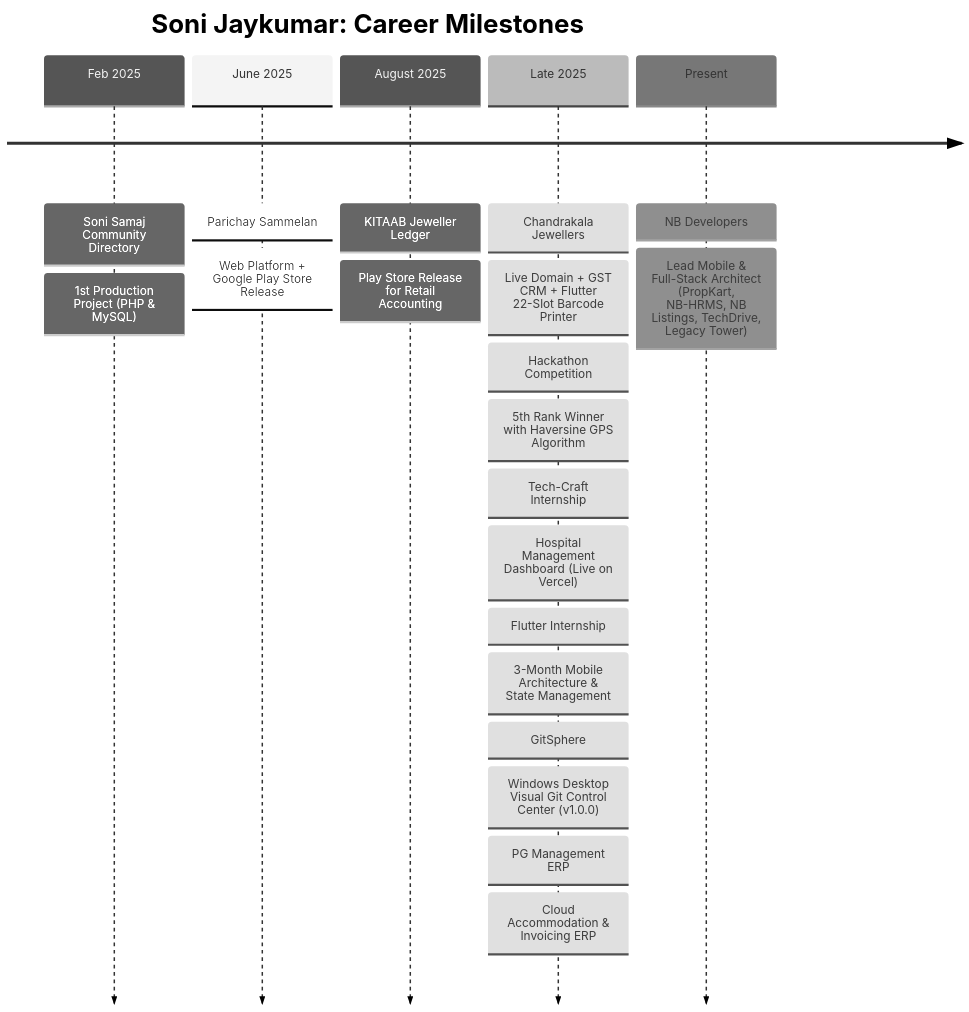
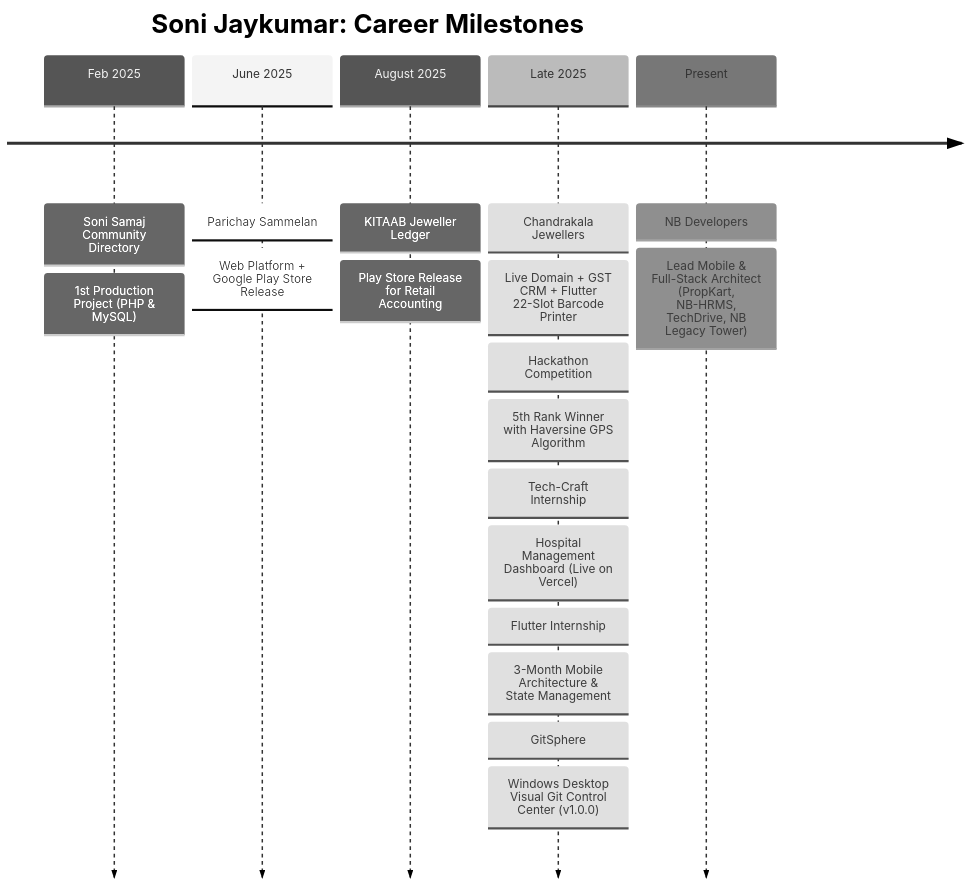
Before and after one commit to JAYU0812/portfolio: the diagram in README.md, drawn with Mermaid (neutral theme). The commit also changed other lines of this file and 4 other files, not shown here.

Commit message:
feat: add TechDrive and NB Legacy Tower live domains, remove hostel-pg project, update README

````diff
--- a/README.md
+++ b/README.md
@@ -140,14 +142,13 @@
 ```mermaid
 timeline
     title Soni Jaykumar: Career Milestones
     Feb 2025 : Soni Samaj Community Directory : 1st Production Project (PHP & MySQL)
     June 2025 : Parichay Sammelan : Web Platform + Google Play Store Release
     August 2025 : KITAAB Jeweller Ledger : Play Store Release for Retail Accounting
     Late 2025 : Chandrakala Jewellers : Live Domain + GST CRM + Flutter 22-Slot Barcode Printer
               : Hackathon Competition : 5th Rank Winner with Haversine GPS Algorithm
               : Tech-Craft Internship : Hospital Management Dashboard (Live on Vercel)
               : Flutter Internship : 3-Month Mobile Architecture & State Management
               : GitSphere : Windows Desktop Visual Git Control Center (v1.0.0)
-              : PG Management ERP : Cloud Accommodation & Invoicing ERP
-    Present : NB Developers : Lead Mobile & Full-Stack Architect (PropKart, NB-HRMS, NB Listings, TechDrive, Legacy Tower)
+    Present : NB Developers : Lead Mobile & Full-Stack Architect (PropKart, NB-HRMS, TechDrive, NB Legacy Tower)
 ```
````
